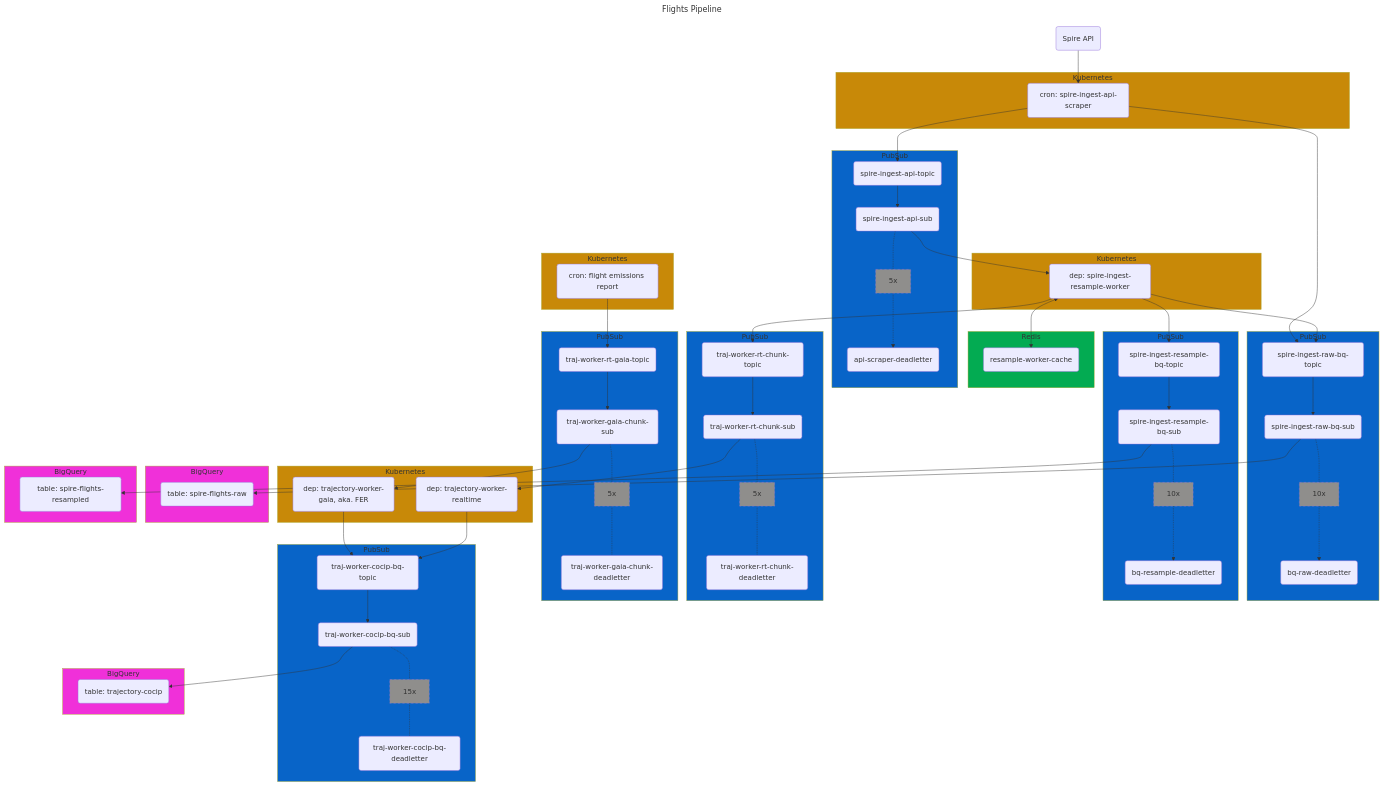
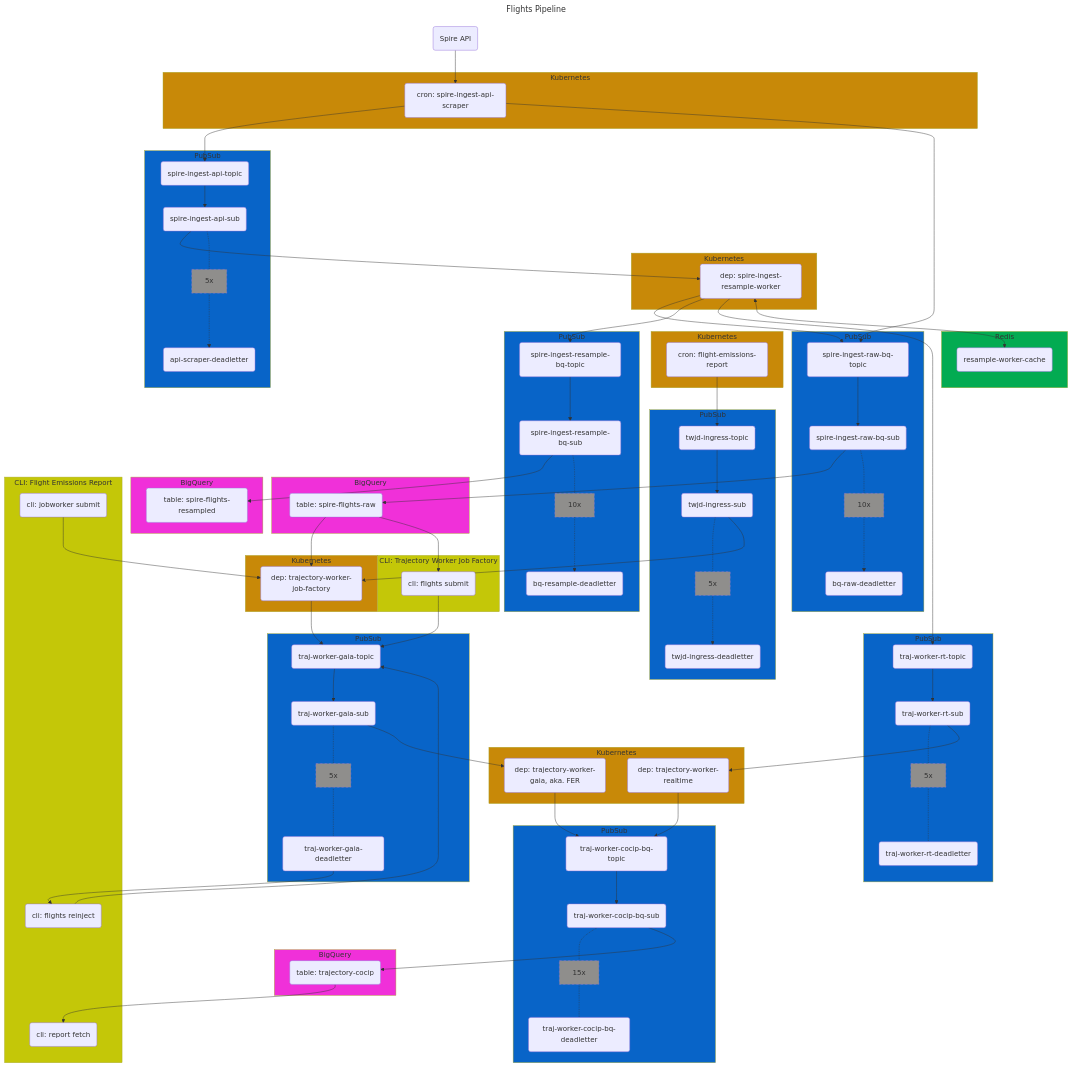
The diagram in README.md (contrailcirrus/flights-pipeline), drawn with Mermaid before and after one commit.

Commit message:
update mermaid sys diag

````diff
--- a/README.md
+++ b/README.md
@@ -27,9 +27,13 @@
     end
     style k8s_3 fill:#C88908
     subgraph k8s_4[Kubernetes]
-        fer_cron(cron: flight emissions report)
+        fer_cron(cron: flight-emissions-report)
     end
     style k8s_4 fill:#C88908
+    subgraph k8s_5[Kubernetes]
+        twjf(dep: trajectory-worker-job-factory)
+    end
+    style k8s_5 fill:#C88908
     subgraph redis1[Redis]
         resample_worker_cache(resample-worker-cache)
     end
@@ -55,18 +59,25 @@
         spire_ingest_resample_bq_sub_deadletter(bq-resample-deadletter)
     end
     style pub_sub3 fill:#0864C8
+    subgraph pub_sub4[PubSub]
+        twjd_ingress_topic(twjd-ingress-topic)
+        twjd_ingress_sub(twjd-ingress-sub)
+        twjd_ingress_5xop[5x]:::operationStyle
+        twjd_ingress_deadletter(twjd-ingress-deadletter)
+    end
+    style pub_sub4 fill:#0864C8
     subgraph pub_sub5[PubSub]
-        traj_worker_rt_chunk_topic(traj-worker-rt-chunk-topic)
-        traj_worker_rt_chunk_sub(traj-worker-rt-chunk-sub)
-        traj_worker_rt_chunk_5xop[5x]:::operationStyle
-        traj_worker_rt_chunk_deadletter(traj-worker-rt-chunk-deadletter)
+        traj_worker_rt_topic(traj-worker-rt-topic)
+        traj_worker_rt_sub(traj-worker-rt-sub)
+        traj_worker_rt_5xop[5x]:::operationStyle
+        traj_worker_rt_deadletter(traj-worker-rt-deadletter)
     end
     style pub_sub5 fill:#0864C8
     subgraph pub_sub6[PubSub]
-        traj_worker_gaia_chunk_topic(traj-worker-rt-gaia-topic)
-        traj_worker_gaia_chunk_sub(traj-worker-gaia-chunk-sub)
-        traj_worker_gaia_chunk_5xop[5x]:::operationStyle
-        traj_worker_gaia_chunk_deadletter(traj-worker-gaia-chunk-deadletter)
+        traj_worker_gaia_topic(traj-worker-gaia-topic)
+        traj_worker_gaia_sub(traj-worker-gaia-sub)
+        traj_worker_gaia_5xop[5x]:::operationStyle
+        traj_worker_gaia_deadletter(traj-worker-gaia-deadletter)
     end
     style pub_sub6 fill:#0864C8
     subgraph pub_sub7[PubSub]
@@ -88,6 +99,17 @@
         trajectory_cocip_tb(table: trajectory-cocip)
     end
     style bigquery3 fill:#f030d9
+    subgraph fer_cli[CLI: Flight Emissions Report]
+        jobworker_submit(cli: jobworker submit)
+        flights_reinject(cli: flights reinject)
+        report_fetch(cli: report fetch)
+    end
+    style fer_cli fill:#c4c708
+    subgraph twjf_cli[CLI: Trajectory Worker Job Factory]
+        flights_submit(cli: flights submit)
+    end
+    style twjf_cli fill:#c4c708
+    
     %% flow/associations
     spire_api --> spire_ingest_api_scraper
     spire_ingest_api_scraper --> spire_ingest_api_topic
@@ -97,7 +119,7 @@
     spire_ingest_api_sub --> spire_ingest_resample_worker
     spire_ingest_resample_worker --> spire_ingest_raw_bq_topic
     spire_ingest_resample_worker --> spire_ingest_resample_bq_topic
-    spire_ingest_resample_worker --> traj_worker_rt_chunk_topic
+    spire_ingest_resample_worker --> traj_worker_rt_topic
     spire_ingest_raw_bq_topic --> spire_ingest_raw_bq_sub
     spire_ingest_resample_bq_topic --> spire_ingest_resample_bq_sub
     
@@ -116,19 +138,25 @@
     spire_ingest_resample_bq_sub -.- bq_resample_10xop
     bq_resample_10xop -.-> spire_ingest_resample_bq_sub_deadletter
     
-    traj_worker_rt_chunk_topic --> traj_worker_rt_chunk_sub
-    traj_worker_rt_chunk_sub -.- traj_worker_rt_chunk_5xop
-    traj_worker_rt_chunk_5xop -.- traj_worker_rt_chunk_deadletter
+    twjd_ingress_topic --> twjd_ingress_sub
+    twjd_ingress_sub -.- twjd_ingress_5xop
+    twjd_ingress_5xop -.-> twjd_ingress_deadletter
     
-    traj_worker_rt_chunk_sub --> trajectory_worker_rt
+    traj_worker_rt_topic --> traj_worker_rt_sub
+    traj_worker_rt_sub -.- traj_worker_rt_5xop
+    traj_worker_rt_5xop -.- traj_worker_rt_deadletter
     
-    traj_worker_gaia_chunk_topic --> traj_worker_gaia_chunk_sub
-    traj_worker_gaia_chunk_sub -.- traj_worker_gaia_chunk_5xop
-    traj_worker_gaia_chunk_5xop -.- traj_worker_gaia_chunk_deadletter
+    traj_worker_rt_sub --> trajectory_worker_rt
     
-    fer_cron --> traj_worker_gaia_chunk_topic
+    traj_worker_gaia_topic --> traj_worker_gaia_sub
+    traj_worker_gaia_sub -.- traj_worker_gaia_5xop
+    traj_worker_gaia_5xop -.- traj_worker_gaia_deadletter
     
-    traj_worker_gaia_chunk_sub --> trajectory_worker_gaia
+    fer_cron --> twjd_ingress_topic
+    twjd_ingress_sub --> twjf
+    twjf --> traj_worker_gaia_topic
+    
+    traj_worker_gaia_sub --> trajectory_worker_gaia
     
     trajectory_worker_gaia --> traj_worker_cocip_bq_topic
     trajectory_worker_rt --> traj_worker_cocip_bq_topic
@@ -138,4 +166,14 @@
     traj_worker_cocip_bq_15xop -.- traj_worker_cocip_bq_deadletter
     
     traj_worker_cocip_bq_sub --> trajectory_cocip_tb
+    
+    spire_flights_raw_tb --> twjf
+    spire_flights_raw_tb --> flights_submit
+    flights_submit --> traj_worker_gaia_topic
+    
+    jobworker_submit --> twjf
+    traj_worker_gaia_deadletter --> flights_reinject
+    flights_reinject --> traj_worker_gaia_topic
+    trajectory_cocip_tb --> report_fetch
+    
 ```
````
